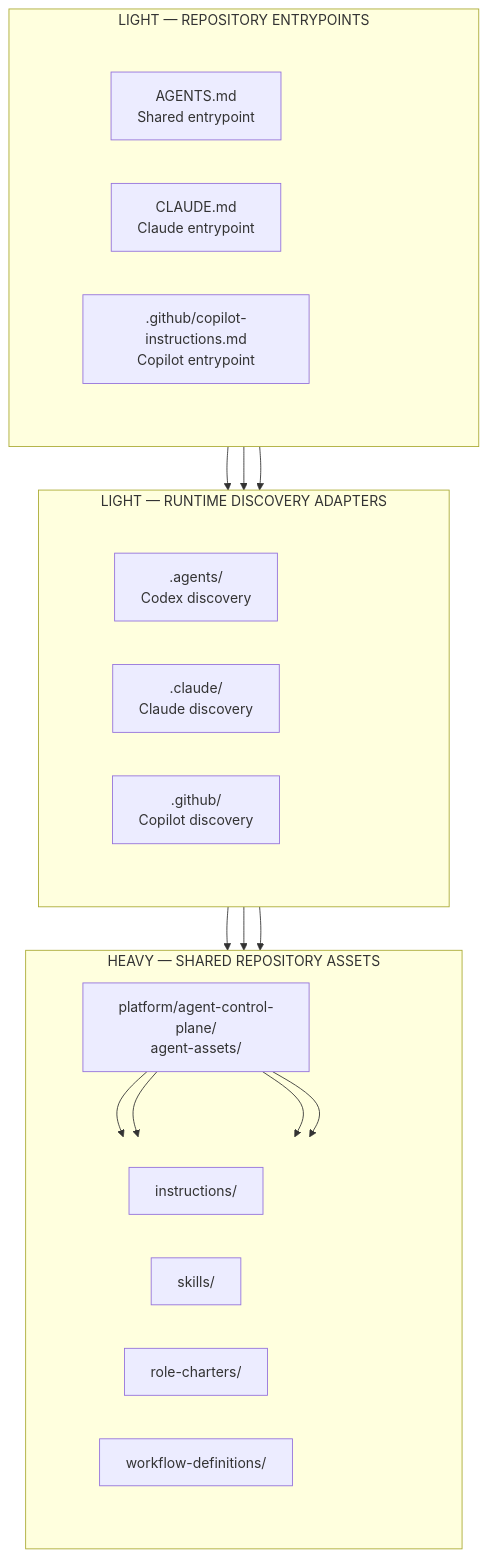
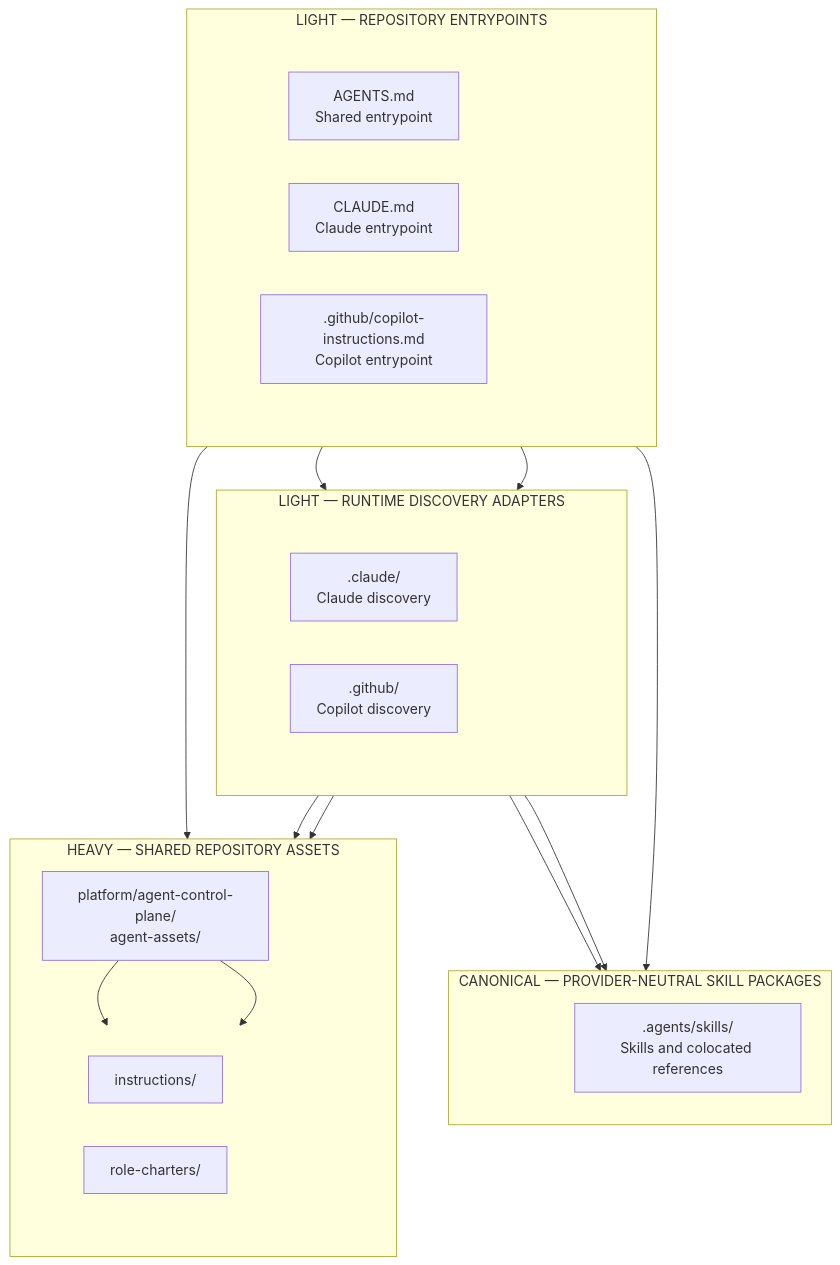
Before and after one commit to Oak-22/agentic-engineering-platform: the diagram in platform/agent-control-plane/docs/diagrams/agent-asset-discovery-layers.md, drawn with Mermaid. The commit also changed other lines of this file and 43 other files, not shown here.

Commit message:
Canonicalize provider-neutral agent packages

````diff
--- a/platform/agent-control-plane/docs/diagrams/agent-asset-discovery-layers.md
+++ b/platform/agent-control-plane/docs/diagrams/agent-asset-discovery-layers.md
@@ -6,61 +6,65 @@
 ```mermaid
 flowchart TB
     subgraph E["LIGHT — REPOSITORY ENTRYPOINTS"]
         direction TB
         ES[" "]
 
         subgraph ER[" "]
             direction LR
             A["AGENTS.md<br/>Shared entrypoint"]
             C["CLAUDE.md<br/>Claude entrypoint"]
             G[".github/copilot-instructions.md<br/>Copilot entrypoint"]
         end
     end
 
+    subgraph P["CANONICAL — PROVIDER-NEUTRAL SKILL PACKAGES"]
+        direction TB
+        PS[" "]
+        DA[".agents/skills/<br/>Skills and colocated references"]
+    end
+
     subgraph D["LIGHT — RUNTIME DISCOVERY ADAPTERS"]
         direction TB
         DS[" "]
 
         subgraph DR[" "]
             direction LR
-            DA[".agents/<br/>Codex discovery"]
             DC[".claude/<br/>Claude discovery"]
             DG[".github/<br/>Copilot discovery"]
         end
     end
 
     subgraph S["HEAVY — SHARED REPOSITORY ASSETS"]
         direction TB
         SS[" "]
         ROOT["platform/agent-control-plane/<br/>agent-assets/"]
 
         subgraph SR[" "]
             direction LR
             I["instructions/"]
-            SK["skills/"]
             R["role-charters/"]
-            W["workflow-definitions/"]
         end
     end
 
     A --> DA
     C --> DC
     G --> DG
 
-    DA --> ROOT
+    DC --> DA
+    DG --> DA
+    A --> ROOT
     DC --> ROOT
     DG --> ROOT
 
     ROOT --> I
-    ROOT --> SK
     ROOT --> R
-    ROOT --> W
 
     style ES fill:transparent,stroke:transparent
+    style PS fill:transparent,stroke:transparent
     style DS fill:transparent,stroke:transparent
     style SS fill:transparent,stroke:transparent
 
     style ER fill:transparent,stroke:transparent
     style DR fill:transparent,stroke:transparent
     style SR fill:transparent,stroke:transparent
 ```
````
